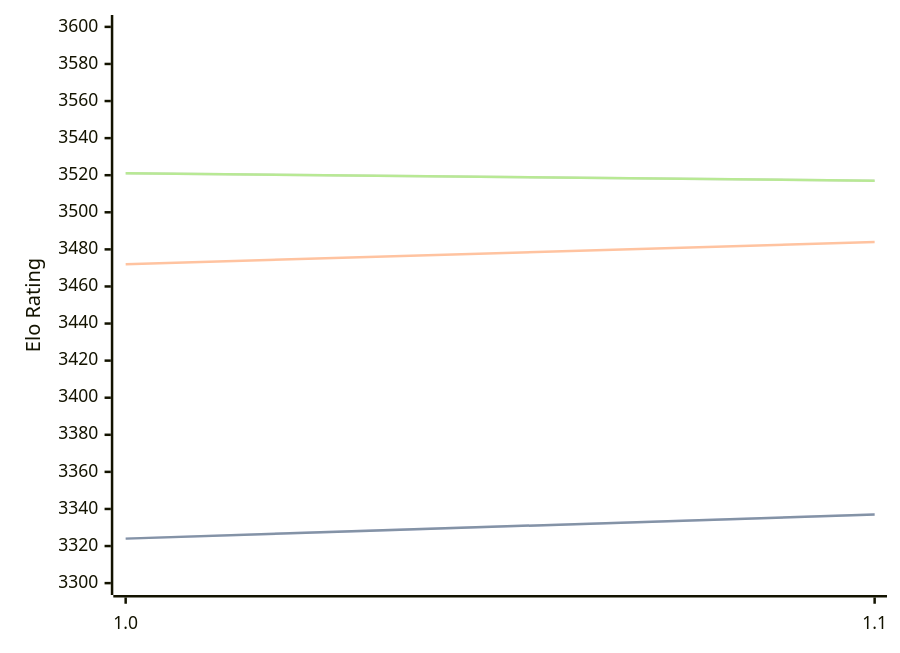
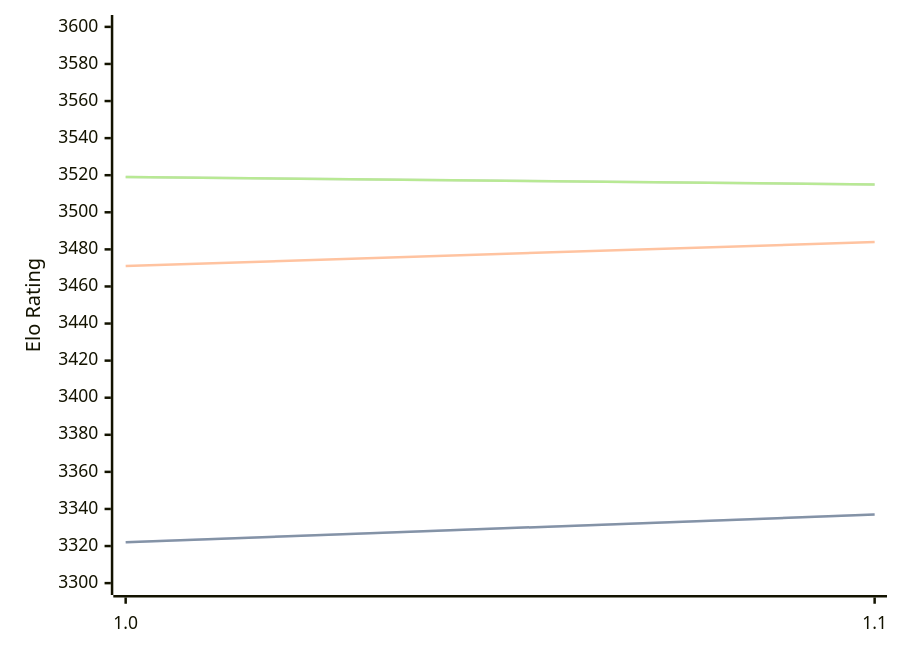
The diagram in engines/Horsie.md (computer-chess-index/cci), drawn with Mermaid before and after one commit. The commit also changed other lines of this file, not shown here.

Commit message:
Update CCI Ratings (ELO VLTC) - 2026-06-07

````diff
--- a/engines/Horsie.md
+++ b/engines/Horsie.md
@@ -32,11 +32,11 @@
 ```mermaid
 %%{init: {"theme":"base","themeVariables":{"seriesColors:['#a3a3a3','#222221','#faa371']}}}%%
 xychart-beta
   x-axis ["1.0", "1.1"]
   y-axis "Elo Rating" 3300 --> 3600
-  line "STC (8.0+0.08s)" [3324, 3337]
-  line "STC (8.0+0.08s)" [3324, 3337]
-  line "LTC (60.0+0.60s)" [3472, 3484]
-  line "VLTC (2m24s+1.12s)" [3521, 3517]
-  line "VLTC (2m24s+1.12s)" [3521, 3517]
+  line "STC (8.0+0.08s)" [3322, 3337]
+  line "STC (8.0+0.08s)" [3322, 3337]
+  line "LTC (60.0+0.60s)" [3471, 3484]
+  line "VLTC (2m24s+1.12s)" [3519, 3515]
+  line "VLTC (2m24s+1.12s)" [3519, 3515]
 ```
````
